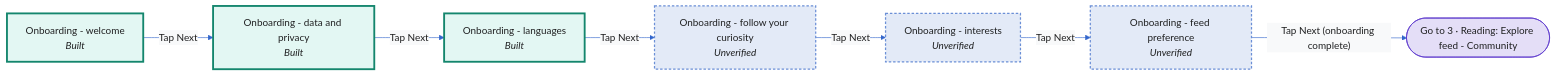
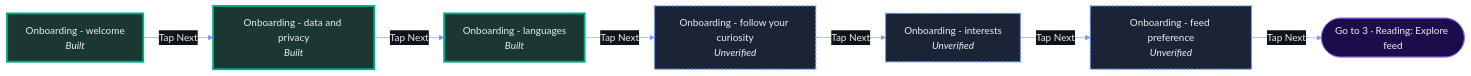
One commit to enjojoy/user-story-maps changed the fourth of 8 diagrams in examples/wikipedia-ios/generated/story-map.md. Above: the diagram before and after it, drawn with Mermaid. The commit also changed other lines of this file and 114 other files, not shown here.

````diff
--- a/examples/wikipedia-ios/generated/story-map.md
+++ b/examples/wikipedia-ios/generated/story-map.md
@@ -188,22 +178,22 @@
 ```mermaid
-%%{init: {"theme":"base","themeVariables":{"fontFamily":"Helvetica","fontSize":"16px","primaryColor":"#FFFFFF","primaryTextColor":"#202122","primaryBorderColor":"#3366CC","lineColor":"#3366CC","secondaryColor":"#F8F9FA","tertiaryColor":"#F0F2F4"}}}%%
+%%{init: {"theme":"base","themeVariables":{"fontFamily":"Helvetica","fontSize":"16px","primaryColor":"#000000","primaryTextColor":"#EAECF0","primaryBorderColor":"#719DF4","lineColor":"#719DF4","secondaryColor":"#101418","tertiaryColor":"#1A1A1A"}}}%%
 flowchart LR
   n_ob_intro["Onboarding - welcome<br/><i>Built</i>"]:::built
   n_ob_privacy["Onboarding - data and privacy<br/><i>Built</i>"]:::built
   n_ob_languages["Onboarding - languages<br/><i>Built</i>"]:::built
   n_ob_personalize["Onboarding - follow your curiosity<br/><i>Unverified</i>"]:::unverified
   n_ob_interests["Onboarding - interests<br/><i>Unverified</i>"]:::unverified
   n_ob_feed["Onboarding - feed preference<br/><i>Unverified</i>"]:::unverified
-  n_out_home(["Go to 3 · Reading: Explore feed - Community"]):::portal
+  n_out_home(["Go to 3 · Reading: Explore feed"]):::portal
   n_ob_intro -->|"Tap Next"| n_ob_privacy
   n_ob_privacy -->|"Tap Next"| n_ob_languages
   n_ob_languages -->|"Tap Next"| n_ob_personalize
   n_ob_personalize -->|"Tap Next"| n_ob_interests
   n_ob_interests -->|"Tap Next"| n_ob_feed
-  n_ob_feed -->|"Tap Next (onboarding complete)"| n_out_home
-  classDef built fill:#E3F7F3,stroke:#14866D,stroke-width:3px,color:#202122;
-  classDef partly fill:#F7F2E3,stroke:#D9A300,stroke-width:3px,color:#202122;
-  classDef unverified fill:#E3EAF7,stroke:#6B8FD6,stroke-width:2px,stroke-dasharray:4 3,color:#202122;
-  classDef missing fill:#E3ECF7,stroke:#72777D,stroke-width:2px,stroke-dasharray:5 4,color:#202122;
-  classDef portal fill:#E4DEF7,stroke:#5933CC,color:#202122;
+  n_ob_feed -->|"Tap Next"| n_out_home
+  classDef built fill:#1B3731,stroke:#00AF89,stroke-width:3px,color:#EAECF0;
+  classDef partly fill:#37301B,stroke:#FFCC33,stroke-width:3px,color:#EAECF0;
+  classDef unverified fill:#1B2437,stroke:#6699FF,stroke-width:2px,stroke-dasharray:4 3,color:#EAECF0;
+  classDef missing fill:#1B2837,stroke:#A2A9B1,stroke-width:2px,stroke-dasharray:5 4,color:#EAECF0;
+  classDef portal fill:#1C0D4A,stroke:#9271F4,color:#EAECF0;
 ```
````
